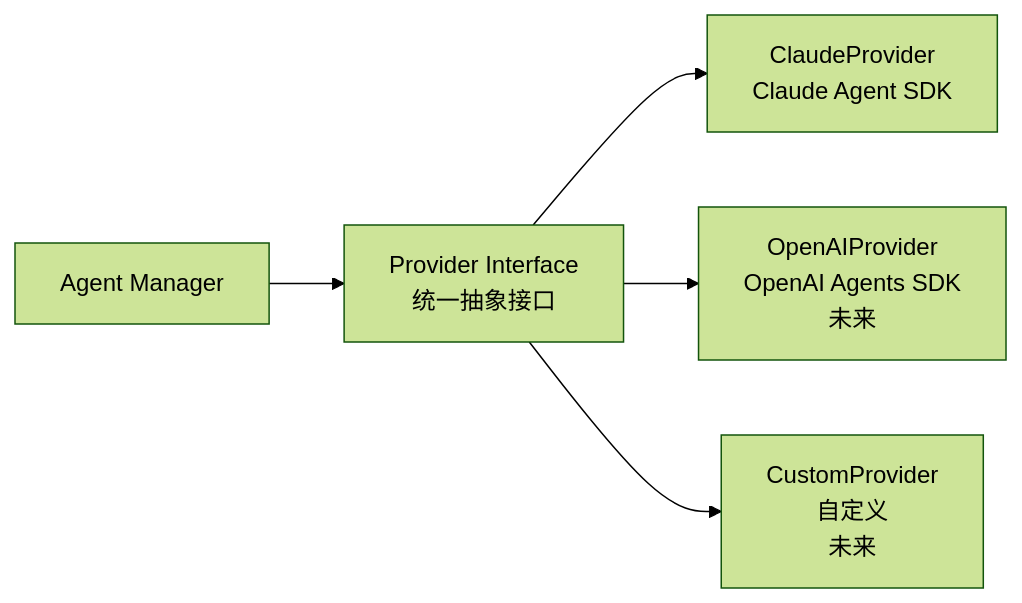
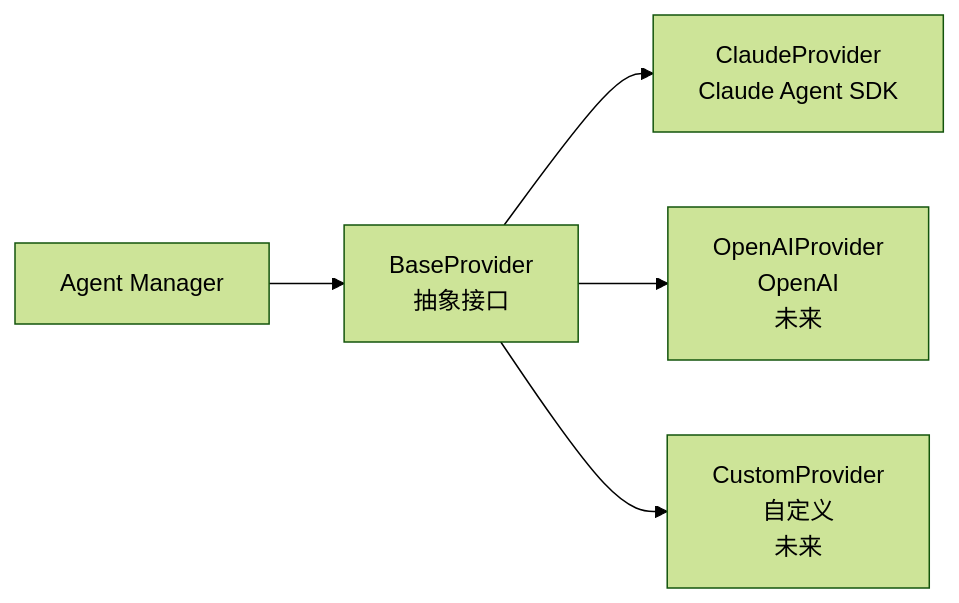
The eighth of 10 diagrams in docs/design.md (lchaoer/Polygents), drawn with Mermaid (forest theme) before and after one commit. The commit also changed other lines of this file and 2 other files, not shown here.

First line of the commit message:
docs: update api-reference, architecture, and design docs to match current codebase

````diff
--- a/docs/design.md
+++ b/docs/design.md
@@ -587,7 +615,7 @@
 ```mermaid
 graph LR
-    AM[Agent Manager] --> PI[Provider Interface<br/>统一抽象接口]
+    AM[Agent Manager] --> PI[BaseProvider<br/>抽象接口]
     PI --> CP[ClaudeProvider<br/>Claude Agent SDK]
-    PI --> OP[OpenAIProvider<br/>OpenAI Agents SDK<br/>未来]
+    PI --> OP[OpenAIProvider<br/>OpenAI<br/>未来]
     PI --> XP[CustomProvider<br/>自定义<br/>未来]
 ```
````
